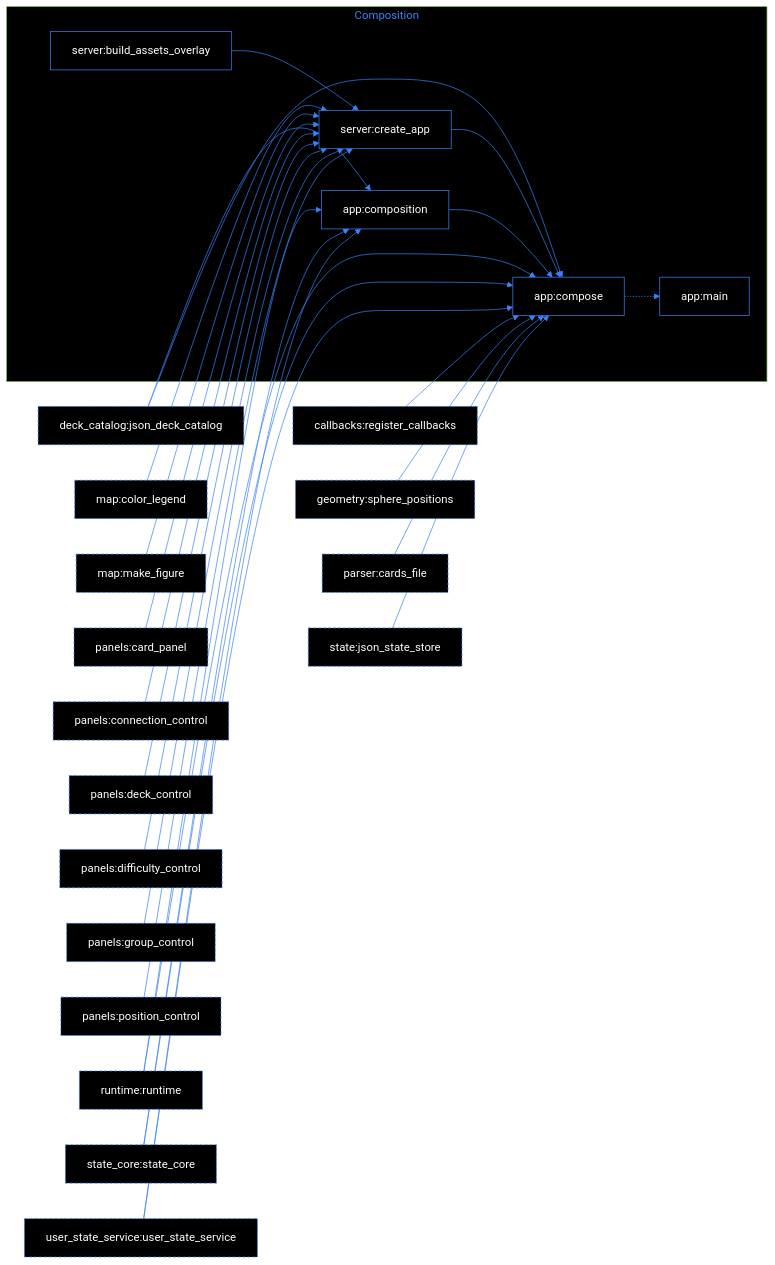
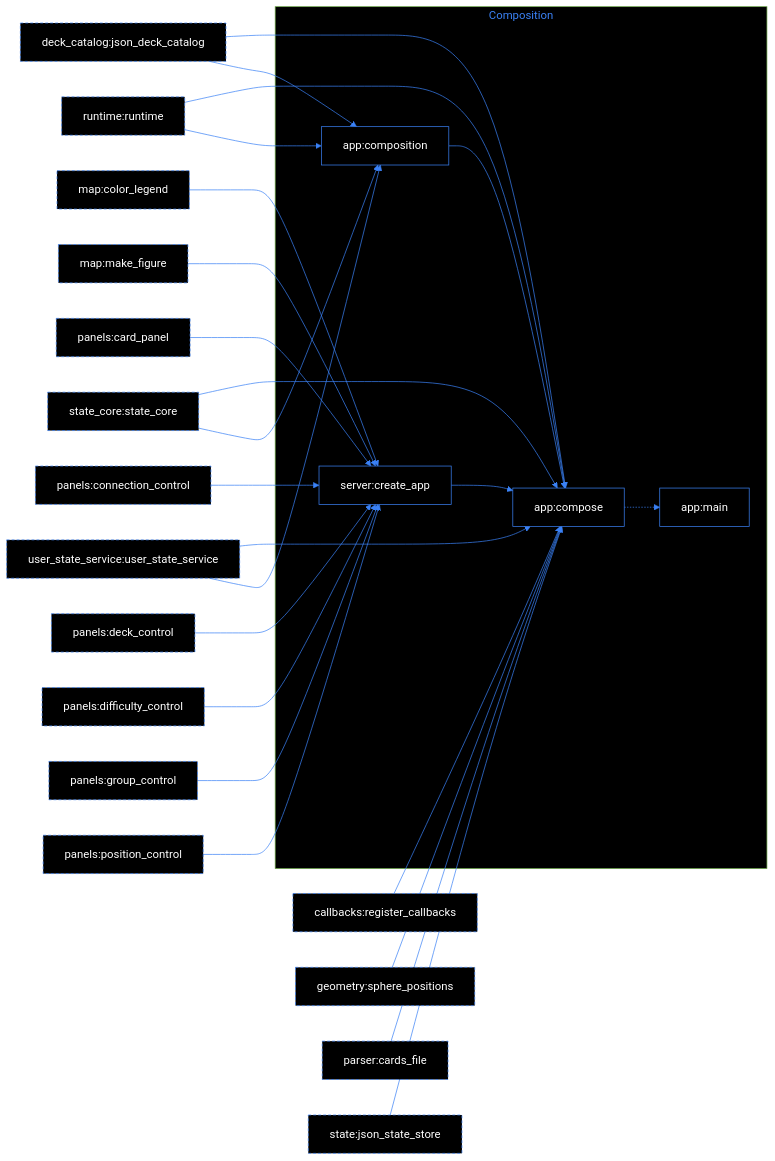
Before and after one commit to ArtjomAdamow/Fennelkernel-flashcards: diagram 11 of 11 in INDEX.md, drawn with Mermaid (forest theme). The commit also changed other lines of this file and 10 other files, not shown here.

````diff
--- a/INDEX.md
+++ b/INDEX.md
@@ -1027,57 +1292,55 @@
 ```mermaid
 graph LR
     %% arrow A --> B: B uses A; dashed = component of another section
     %% dashed arrow A -.-> B: transitive relation (data flow through module-level variables)
     classDef ext stroke: #3b82f6,stroke-dasharray: 4 3
     linkStyle default stroke: #3b82f6, color: #3b82f6
     classDef default fill: #000000ff, stroke: #3b82f6, color: #ffffffff
 
-    subgraph sg_section_8["Composition"]
+    subgraph sg_section_9["Composition"]
         n_app_main["app:main"]
         n_app_composition["app:composition"]
         n_app_compose["app:compose"]
         n_server_create_app["server:create_app"]
-        n_server_build_assets_overlay["server:build_assets_overlay"]
     end
-    style sg_section_8 color: #3b82f6, fill: #000000ff
+    style sg_section_9 color: #3b82f6, fill: #000000ff
     n_callbacks_register_callbacks["callbacks:register_callbacks"]:::ext
     n_deck_catalog_json_deck_catalog["deck_catalog:json_deck_catalog"]:::ext
     n_geometry_sphere_positions["geometry:sphere_positions"]:::ext
     n_map_color_legend["map:color_legend"]:::ext
     n_map_make_figure["map:make_figure"]:::ext
     n_panels_card_panel["panels:card_panel"]:::ext
     n_panels_connection_control["panels:connection_control"]:::ext
     n_panels_deck_control["panels:deck_control"]:::ext
     n_panels_difficulty_control["panels:difficulty_control"]:::ext
     n_panels_group_control["panels:group_control"]:::ext
     n_panels_position_control["panels:position_control"]:::ext
     n_parser_cards_file["parser:cards_file"]:::ext
     n_runtime_runtime["runtime:runtime"]:::ext
     n_state_json_state_store["state:json_state_store"]:::ext
     n_state_core_state_core["state_core:state_core"]:::ext
     n_user_state_service_user_state_service["user_state_service:user_state_service"]:::ext
     n_app_composition --> n_app_compose
     n_callbacks_register_callbacks --> n_app_compose
     n_deck_catalog_json_deck_catalog --> n_app_compose
     n_deck_catalog_json_deck_catalog --> n_app_composition
     n_geometry_sphere_positions --> n_app_compose
     n_map_color_legend --> n_server_create_app
     n_map_make_figure --> n_server_create_app
     n_panels_card_panel --> n_server_create_app
     n_panels_connection_control --> n_server_create_app
     n_panels_deck_control --> n_server_create_app
     n_panels_difficulty_control --> n_server_create_app
     n_panels_group_control --> n_server_create_app
     n_panels_position_control --> n_server_create_app
     n_parser_cards_file --> n_app_compose
     n_runtime_runtime --> n_app_compose
     n_runtime_runtime --> n_app_composition
-    n_server_build_assets_overlay --> n_server_create_app
     n_server_create_app --> n_app_compose
     n_state_json_state_store --> n_app_compose
     n_state_core_state_core --> n_app_compose
     n_state_core_state_core --> n_app_composition
     n_user_state_service_user_state_service --> n_app_compose
     n_user_state_service_user_state_service --> n_app_composition
     n_app_compose -.-> n_app_main
 ```
````
